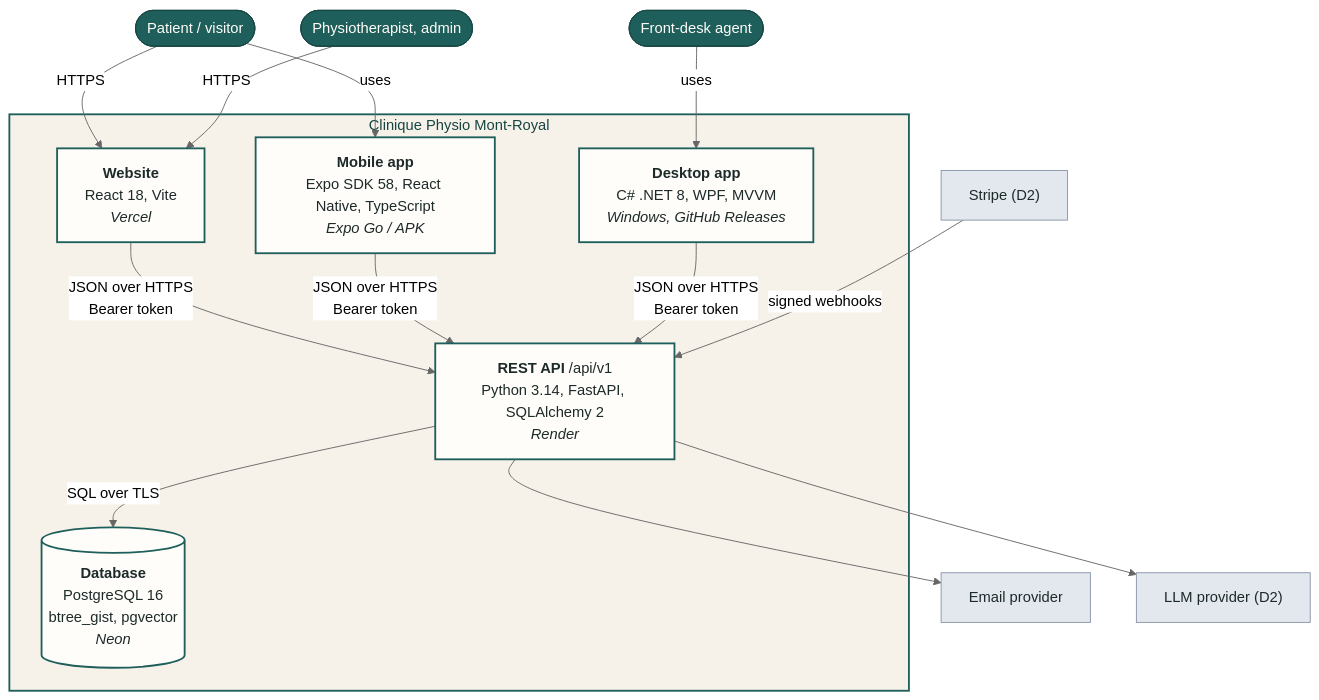
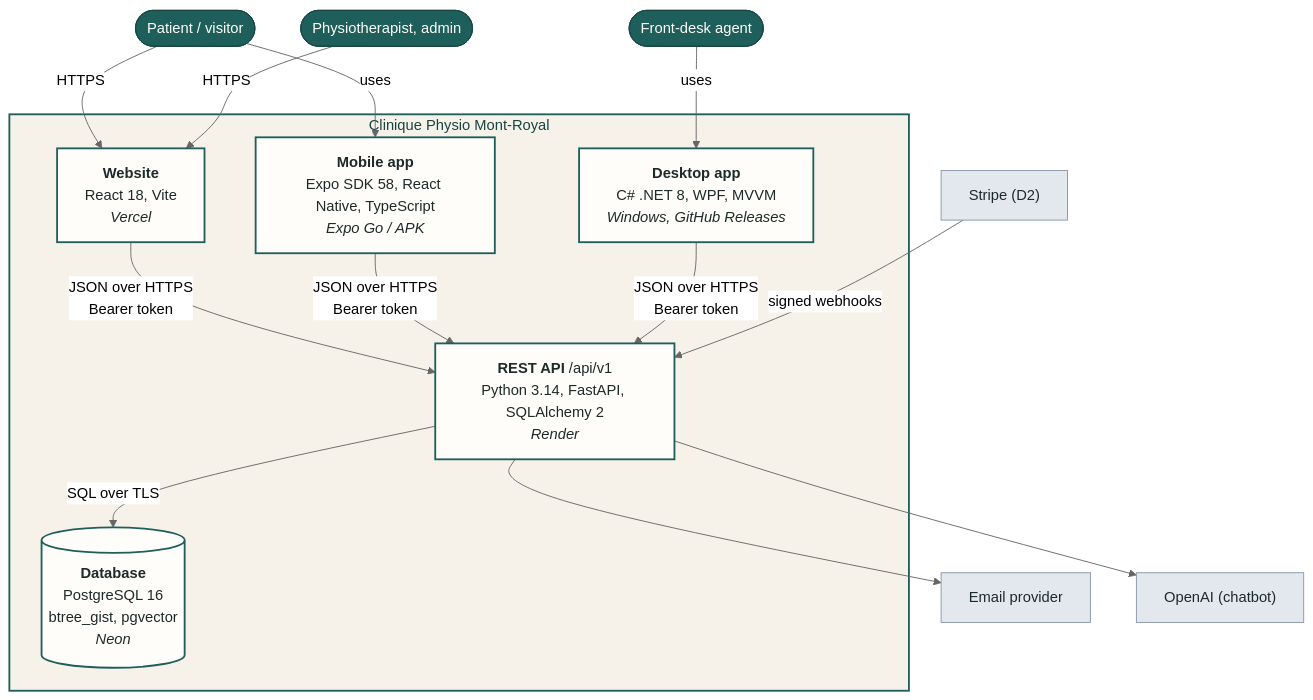
The second of 4 diagrams in docs/architecture.md (kkprojects5/clinique-physio), drawn with Mermaid (neutral theme) before and after one commit. The commit also changed other lines of this file and 54 other files, not shown here.

First line of the commit message:
Chatbot with OpenAI, safety rules and evaluation (closes #142) (#143)

````diff
--- a/docs/architecture.md
+++ b/docs/architecture.md
@@ -53,40 +53,40 @@
 ```mermaid
 flowchart TB
     patient(["Patient / visitor"])
     staff(["Physiotherapist, admin"])
     desk(["Front-desk agent"])
 
     subgraph sys["Clinique Physio Mont-Royal"]
         web["<b>Website</b><br/>React 18, Vite<br/><i>Vercel</i>"]
         mobile["<b>Mobile app</b><br/>Expo SDK 58, React Native, TypeScript<br/><i>Expo Go / APK</i>"]
         desktop["<b>Desktop app</b><br/>C# .NET 8, WPF, MVVM<br/><i>Windows, GitHub Releases</i>"]
         api["<b>REST API</b> /api/v1<br/>Python 3.14, FastAPI, SQLAlchemy 2<br/><i>Render</i>"]
         db[("<b>Database</b><br/>PostgreSQL 16<br/>btree_gist, pgvector<br/><i>Neon</i>")]
     end
 
     stripe["Stripe (D2)"]
     email["Email provider"]
-    llm["LLM provider (D2)"]
+    llm["OpenAI (chatbot)"]
 
     patient -- "HTTPS" --> web
     patient -- "uses" --> mobile
     staff -- "HTTPS" --> web
     desk -- "uses" --> desktop
 
     web -- "JSON over HTTPS<br/>Bearer token" --> api
     mobile -- "JSON over HTTPS<br/>Bearer token" --> api
     desktop -- "JSON over HTTPS<br/>Bearer token" --> api
 
     api -- "SQL over TLS" --> db
     api --> email
     api --> llm
     stripe -- "signed webhooks" --> api
 
     classDef person fill:#1f5f5b,stroke:#164542,color:#fffdf9
     classDef container fill:#fffdf9,stroke:#1f5f5b,stroke-width:2px,color:#1d2a2a
     classDef ext fill:#e3e7ee,stroke:#8a96a8,color:#1d2a2a
     class patient,staff,desk person
     class web,mobile,desktop,api,db container
     class stripe,email,llm ext
     style sys fill:#f6f2ea,stroke:#1f5f5b,stroke-width:2px,color:#164542
 ```
````
